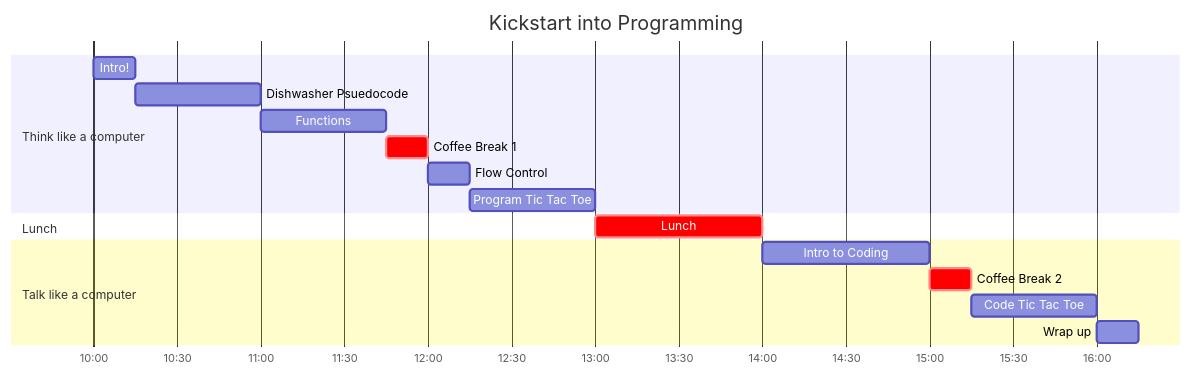
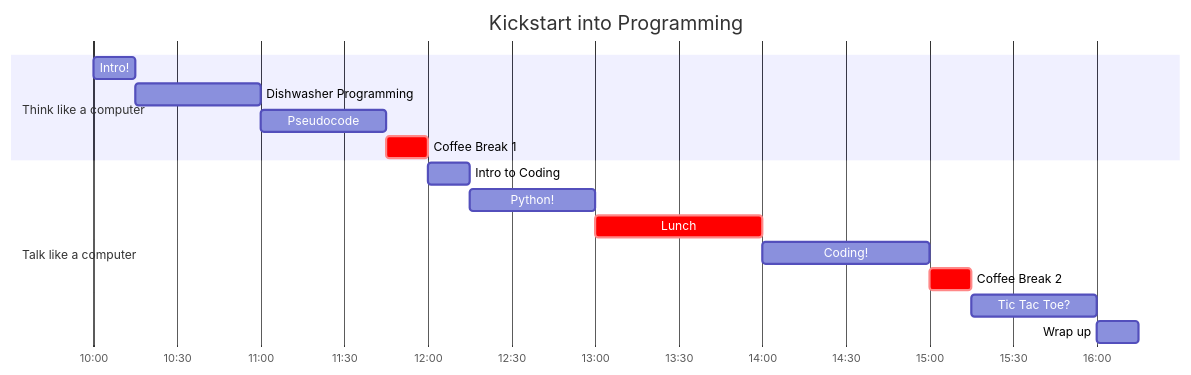
Before and after one commit to adriz-nf/kickstart-into-programming: the diagram in schedule.md, drawn with Mermaid.

Commit message:
schedule

````diff
--- a/schedule.md
+++ b/schedule.md
@@ -2,22 +2,19 @@
 ```mermaid
 gantt
     title Kickstart into Programming
     dateFormat HH:mm
     axisFormat %H:%M
     section Think like a computer
     Intro!           :a1, 10:00, 15m
-    Dishwasher Psuedocode    :a2,  after a1, 45m
-    Functions     :a3, after a2  , 45m
+    Dishwasher Programming    :a2,  after a1, 45m
+    Pseudocode     :a3, after a2  , 45m
     Coffee Break 1      :crit, cb1, 11:45  , 15m
-    Flow Control  : a4, after cb1, 15m
-    Program Tic Tac Toe : a5, after a4, 45m
-    section Lunch
+    section Talk like a computer
+    Intro to Coding  : a4, after cb1, 15m
+    Python! : a5, after a4, 45m
     Lunch               : crit, 13:00,  60m            
-    
-    
-    section Talk like a computer
-    Intro to Coding      :  b1, 14:00  , 60m
+    Coding!      :  b1, 14:00  , 60m
     Coffee Break 2      : crit, cb2, 15:00, 15m
-    Code Tic Tac Toe      : b2, after cb2, 45m
+    Tic Tac Toe?      : b2, after cb2, 45m
     Wrap up             : 16:00, 15m 
 ```
````
